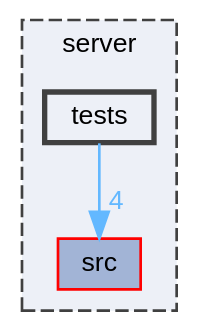
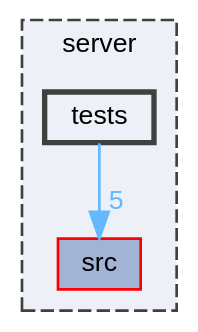
The diagram in dir_fe4d34db5c9ea517d0ce62f66f339b65_dep.dot (Houpsi/R-Type), drawn with Graphviz before and after one commit. The commit also changed 279 other files, not shown here.

```diff
--- a/dir_fe4d34db5c9ea517d0ce62f66f339b65_dep.dot
+++ b/dir_fe4d34db5c9ea517d0ce62f66f339b65_dep.dot
@@ -1,14 +1,14 @@
 digraph "server/tests"
 {
  // LATEX_PDF_SIZE
   bgcolor="transparent";
   edge [fontname=Helvetica,fontsize=10,labelfontname=Helvetica,labelfontsize=10];
   node [fontname=Helvetica,fontsize=10,shape=box,height=0.2,width=0.4];
   compound=true
   subgraph clusterdir_41e1742e44e2de38b3bc91f993fed282 {
     graph [ bgcolor="#edf0f7", pencolor="grey25", label="server", fontname=Helvetica,fontsize=10 style="filled,dashed", URL="dir_41e1742e44e2de38b3bc91f993fed282.html",tooltip=""]
   dir_a063914ab482288b7b0e1b2fca86158c [label="src", fillcolor="#a2b4d6", color="red", style="filled", URL="dir_a063914ab482288b7b0e1b2fca86158c.html",tooltip=""];
   dir_fe4d34db5c9ea517d0ce62f66f339b65 [label="tests", fillcolor="#edf0f7", color="grey25", style="filled,bold", URL="dir_fe4d34db5c9ea517d0ce62f66f339b65.html",tooltip=""];
   }
-  dir_fe4d34db5c9ea517d0ce62f66f339b65->dir_a063914ab482288b7b0e1b2fca86158c [headlabel="4", labeldistance=1.5 headhref="dir_000012_000009.html" href="dir_000012_000009.html" color="steelblue1" fontcolor="steelblue1"];
+  dir_fe4d34db5c9ea517d0ce62f66f339b65->dir_a063914ab482288b7b0e1b2fca86158c [headlabel="5", labeldistance=1.5 headhref="dir_000012_000009.html" href="dir_000012_000009.html" color="steelblue1" fontcolor="steelblue1"];
 }
```
